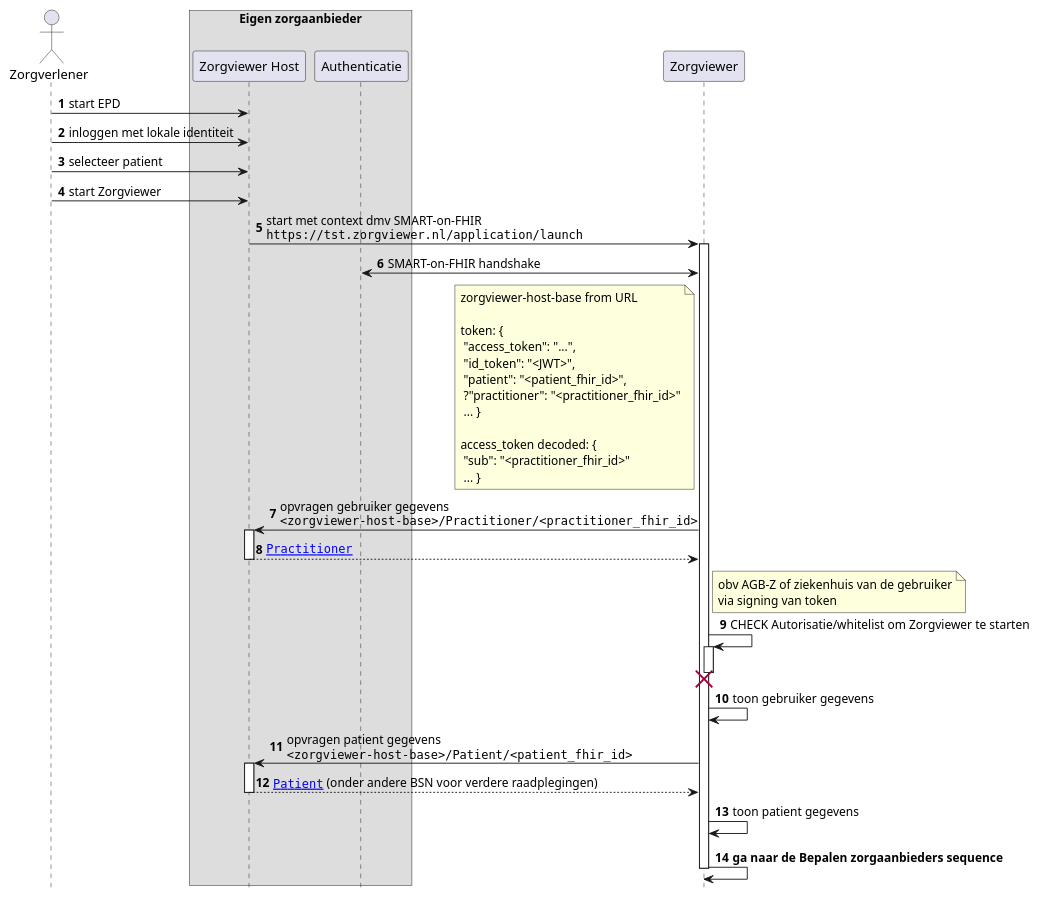
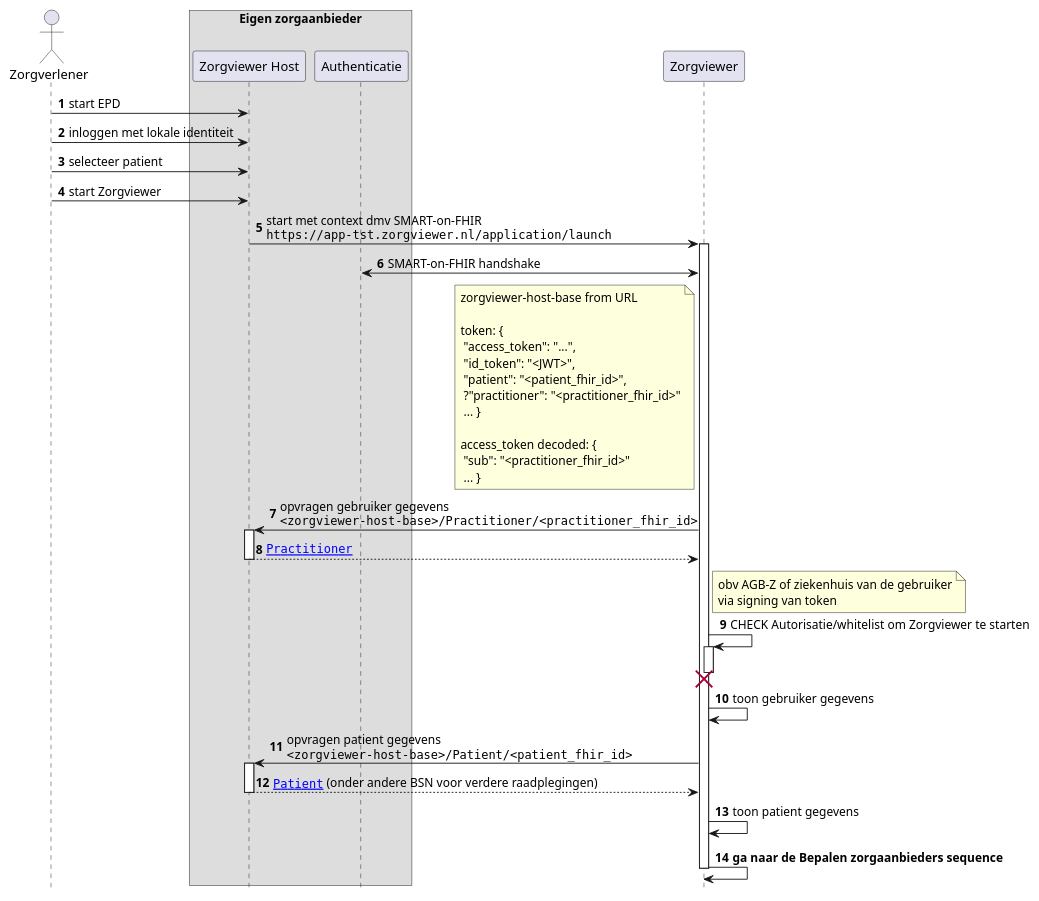
Before and after one commit to RIVO-Noord/zorgviewer-ig: the diagram in input/images-source/Zorgviewer-seq-1-fhir.plantuml, drawn with PlantUML.

Commit message:
URL opstarten aangepast naar wat het wel is.

```diff
--- a/input/images-source/Zorgviewer-seq-1-fhir.plantuml
+++ b/input/images-source/Zorgviewer-seq-1-fhir.plantuml
@@ -1,57 +1,57 @@
 @startuml
 hide footbox
 autonumber
 
 actor Zorgverlener
 box "Eigen zorgaanbieder"
 participant "Zorgviewer Host" as Host
 participant Authenticatie
 end box
 participant Zorgviewer
 
 Zorgverlener->Host: start EPD
 Zorgverlener->Host: inloggen met lokale identiteit
 Zorgverlener->Host: selecteer patient
 Zorgverlener->Host: start Zorgviewer
-Host->Zorgviewer: start met context dmv SMART-on-FHIR \n""https://tst.zorgviewer.nl/application/launch""
+Host->Zorgviewer: start met context dmv SMART-on-FHIR \n""https://app-tst.zorgviewer.nl/application/launch""
 activate Zorgviewer
 Zorgviewer<->Authenticatie: SMART-on-FHIR handshake
 note left Zorgviewer
  zorgviewer-host-base from URL
  
  token: {
   "access_token": "...",
   "id_token": "<JWT>",
   "patient": "<patient_fhir_id>",
   ?"practitioner": "<practitioner_fhir_id>"
   ... }
 
  access_token decoded: {
   "sub": "<practitioner_fhir_id>"
   ... }
 end note
 Zorgviewer->Host: opvragen gebruiker gegevens\n""<zorgviewer-host-base>/Practitioner/<practitioner_fhir_id>""
 activate Host
 Host-->Zorgviewer: ""[[StructureDefinition-Practitioner.html Practitioner]]""
 deactivate Host
 
 note right Zorgviewer
     obv AGB-Z of ziekenhuis van de gebruiker
     via signing van token
 end note
 Zorgviewer->Zorgviewer++: CHECK Autorisatie/whitelist om Zorgviewer te starten
 destroy Zorgviewer
 
 Zorgviewer->Zorgviewer: toon gebruiker gegevens
 
 Zorgviewer->Host: opvragen patient gegevens\n""<zorgviewer-host-base>/Patient/<patient_fhir_id>""
 activate Host
 Host-->Zorgviewer: ""[[StructureDefinition-Patient.html Patient]]"" (onder andere BSN voor verdere raadplegingen)
 deactivate Host
 Zorgviewer->Zorgviewer: toon patient gegevens
 
 Zorgviewer->Zorgviewer: **ga naar de Bepalen zorgaanbieders sequence**
 
 deactivate Zorgviewer
 
 @enduml
```
